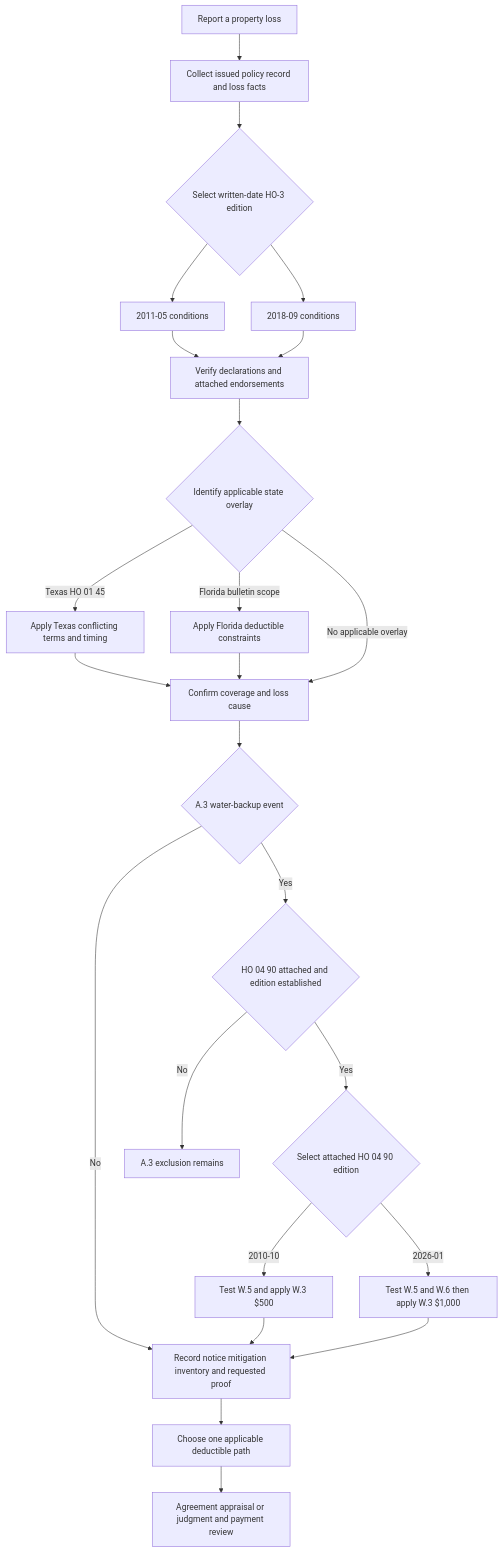
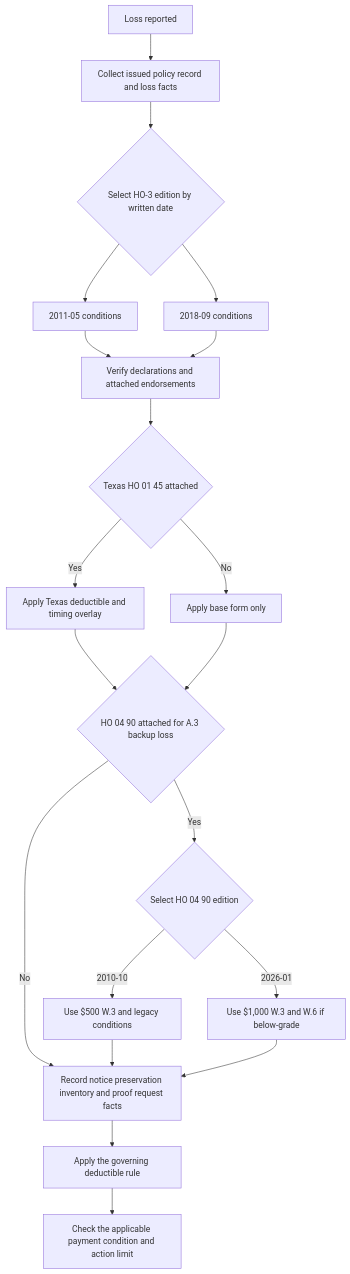
The diagram in openwiki/coverage/property/claim-conditions-and-deductibles.md (eugeneliu-86/openwiki-insurance-corpus), drawn with Mermaid before and after one commit. The commit also changed other lines of this file and 51 other files, not shown here.

````diff
--- a/openwiki/coverage/property/claim-conditions-and-deductibles.md
+++ b/openwiki/coverage/property/claim-conditions-and-deductibles.md
@@ -46,26 +39,22 @@
 ```mermaid
 flowchart TD
-    Intake["Report a property loss"] --> Record["Collect issued policy record and loss facts"]
-    Record --> Edition{"Select written-date HO-3 edition"}
+    Loss["Loss reported"] --> Record["Collect issued policy record and loss facts"]
+    Record --> Edition{"Select HO-3 edition by written date"}
     Edition --> Old["2011-05 conditions"]
     Edition --> New["2018-09 conditions"]
-    Old --> Layers["Verify declarations and attached endorsements"]
-    New --> Layers
-    Layers --> State{"Identify applicable state overlay"}
-    State -- "Texas HO 01 45" --> Texas["Apply Texas conflicting terms and timing"]
-    State -- "Florida bulletin scope" --> Florida["Apply Florida deductible constraints"]
-    State -- "No applicable overlay" --> Coverage["Confirm coverage and loss cause"]
-    Texas --> Coverage
-    Florida --> Coverage
-    Coverage --> Backup{"A.3 water-backup event"}
-    Backup -- "No" --> Duties["Record notice mitigation inventory and requested proof"]
-    Backup -- "Yes" --> VerifyWater{"HO 04 90 attached and edition established"}
-    VerifyWater -- "No" --> AThree["A.3 exclusion remains"]
-    VerifyWater -- "Yes" --> WaterEdition{"Select attached HO 04 90 edition"}
-    WaterEdition -- "2010-10" --> WaterLegacy["Test W.5 and apply W.3 $500"]
-    WaterEdition -- "2026-01" --> WaterCurrent["Test W.5 and W.6 then apply W.3 $1,000"]
-    WaterLegacy --> Duties
-    WaterCurrent --> Duties
-    Duties --> Deductible["Choose one applicable deductible path"]
-    Deductible --> Resolution["Agreement appraisal or judgment and payment review"]
+    Old --> Attach["Verify declarations and attached endorsements"]
+    New --> Attach
+    Attach --> Texas{"Texas HO 01 45 attached"}
+    Texas -- "Yes" --> TexasTerms["Apply Texas deductible and timing overlay"]
+    Texas -- "No" --> Base["Apply base form only"]
+    TexasTerms --> Water{"HO 04 90 attached for A.3 backup loss"}
+    Base --> Water
+    Water -- "No" --> Duties["Record notice preservation inventory and proof request facts"]
+    Water -- "Yes" --> WaterEdition{"Select HO 04 90 edition"}
+    WaterEdition -- "2010-10" --> Legacy["Use $500 W.3 and legacy conditions"]
+    WaterEdition -- "2026-01" --> Current["Use $1,000 W.3 and W.6 if below-grade"]
+    Legacy --> Duties
+    Current --> Duties
+    Duties --> Deductible["Apply the governing deductible rule"]
+    Deductible --> Payment["Check the applicable payment condition and action limit"]
 ```
````
